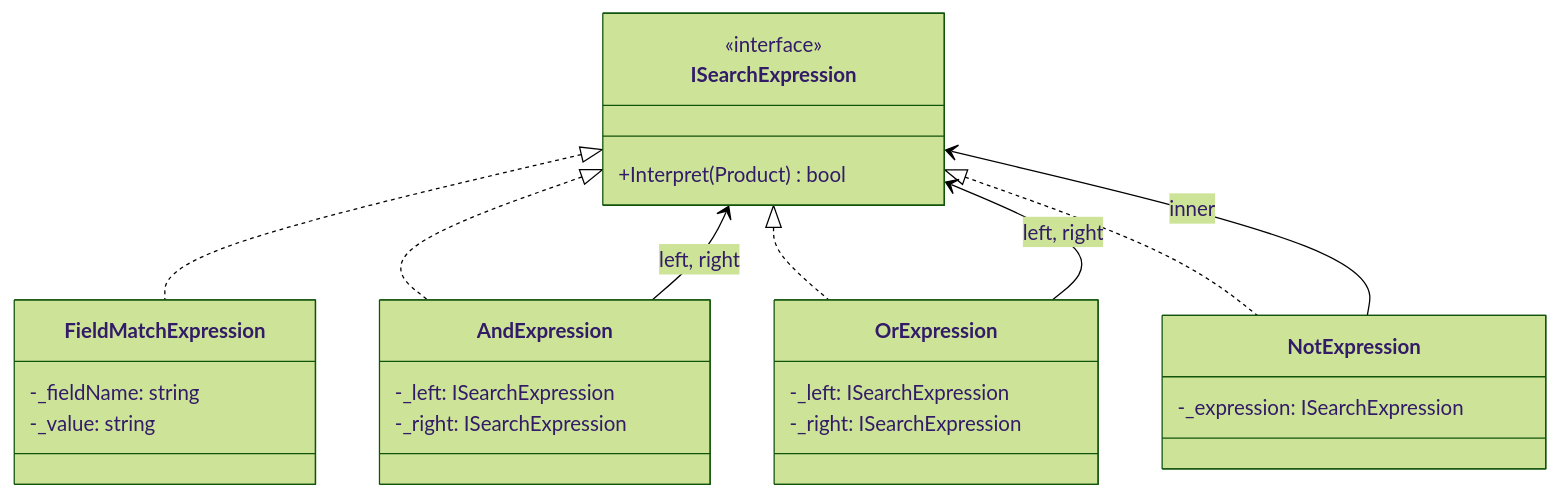
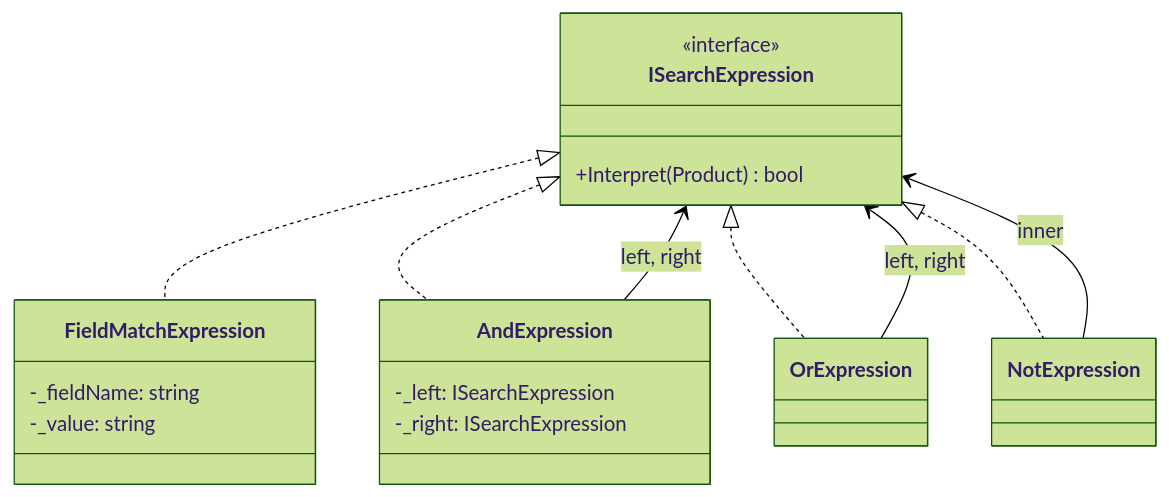
One commit to senapatisantosh/DotnetAdvanceDesignPattern changed the first of 2 diagrams in src/DesignPatterns.Behavioral/Interpreter/README.md. Above: the diagram before and after it, drawn with Mermaid (forest theme). The commit also changed other lines of this file and 12 other files, not shown here.

````diff
--- a/src/DesignPatterns.Behavioral/Interpreter/README.md
+++ b/src/DesignPatterns.Behavioral/Interpreter/README.md
@@ -68,30 +73,25 @@
 ```mermaid
 classDiagram
     class ISearchExpression {
         <<interface>>
         +Interpret(Product) bool
     }
     class FieldMatchExpression {
         -_fieldName: string
         -_value: string
     }
     class AndExpression {
         -_left: ISearchExpression
         -_right: ISearchExpression
     }
-    class OrExpression {
-        -_left: ISearchExpression
-        -_right: ISearchExpression
-    }
-    class NotExpression {
-        -_expression: ISearchExpression
-    }
+    class OrExpression
+    class NotExpression
 
     ISearchExpression <|.. FieldMatchExpression
     ISearchExpression <|.. AndExpression
     ISearchExpression <|.. OrExpression
     ISearchExpression <|.. NotExpression
     AndExpression --> ISearchExpression : left, right
     OrExpression --> ISearchExpression : left, right
     NotExpression --> ISearchExpression : inner
 ```
````
